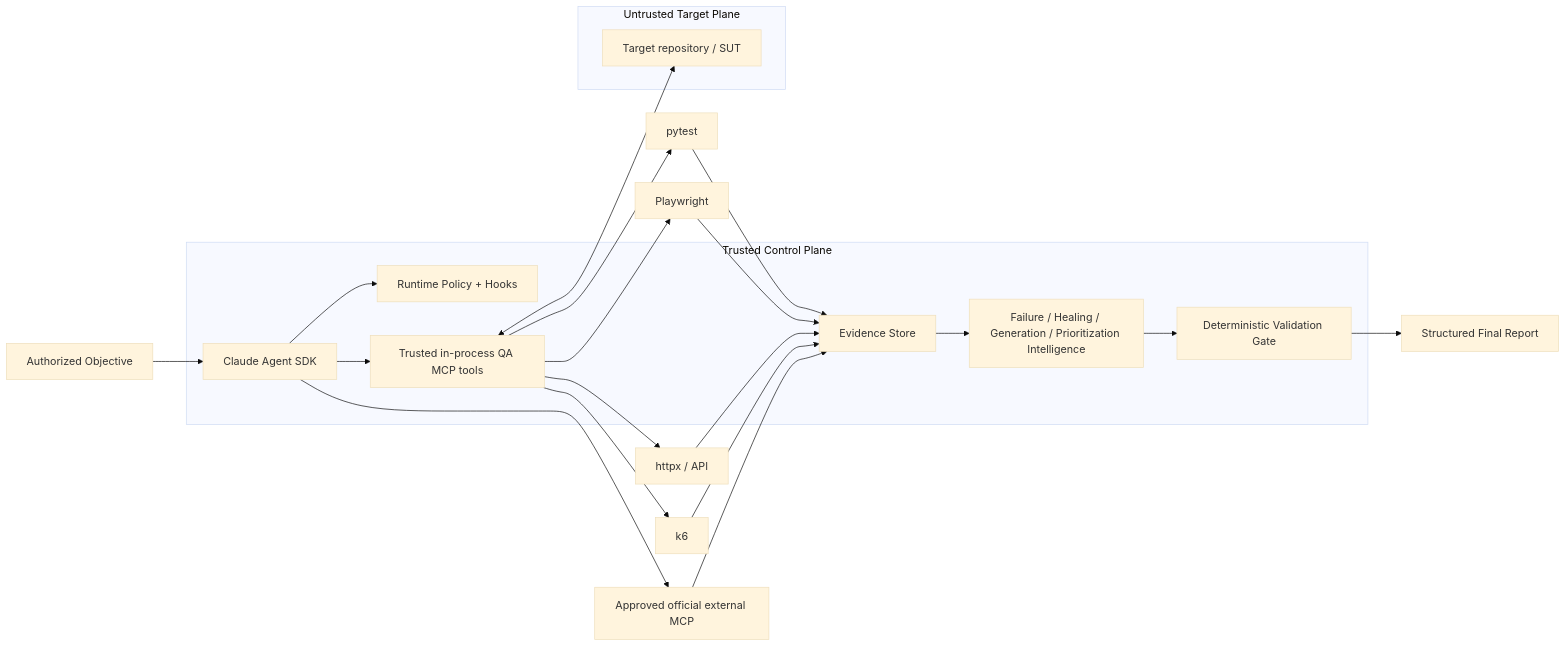
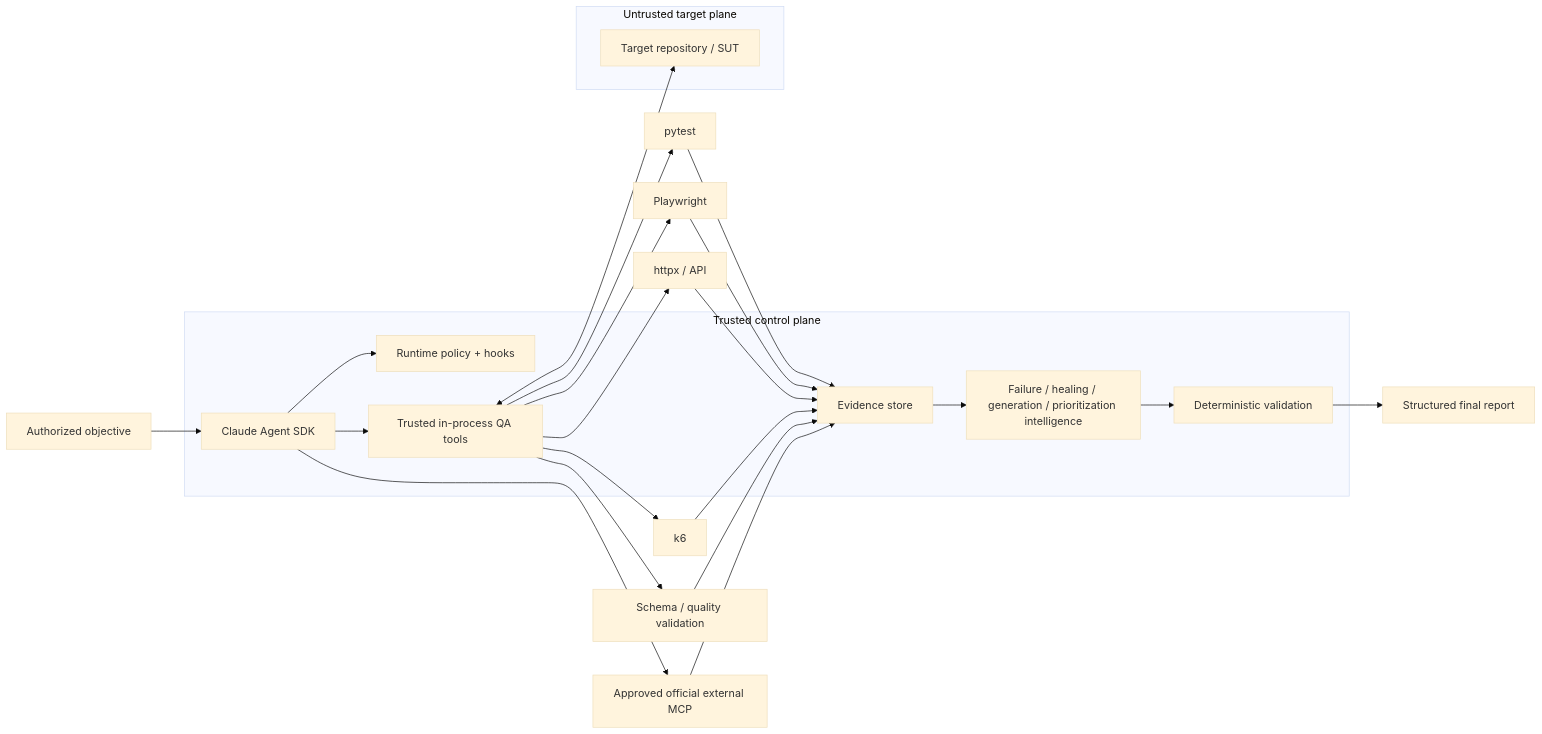
One commit to portyu9/ai-qa-automation changed the diagram in README.md. Above: the diagram before and after it, drawn with Mermaid (base theme). The commit also changed other lines of this file and 79 other files, not shown here.

Commit message:
feat: harden runtime control and recovery

````diff
--- a/README.md
+++ b/README.md
@@ -24,37 +15,39 @@
 ```mermaid
 flowchart LR
-    U[Authorized Objective] --> A[Claude Agent SDK]
-    A --> P[Runtime Policy + Hooks]
-    A --> Q[Trusted in-process QA MCP tools]
+    U[Authorized objective] --> A[Claude Agent SDK]
+    A --> P[Runtime policy + hooks]
+    A --> Q[Trusted in-process QA tools]
     A --> X[Approved official external MCP]
 
     Q --> T1[pytest]
     Q --> T2[Playwright]
     Q --> T3[httpx / API]
     Q --> T4[k6]
+    Q --> T5[Schema / quality validation]
 
-    T1 --> E[Evidence Store]
+    T1 --> E[Evidence store]
     T2 --> E
     T3 --> E
     T4 --> E
+    T5 --> E
     X --> E
 
-    E --> I[Failure / Healing / Generation / Prioritization Intelligence]
-    I --> V[Deterministic Validation Gate]
-    V --> R[Structured Final Report]
+    E --> I[Failure / healing / generation / prioritization intelligence]
+    I --> V[Deterministic validation]
+    V --> R[Structured final report]
 
-    subgraph Trusted Control Plane
+    subgraph Trusted control plane
       A
       P
       Q
       E
       I
       V
     end
 
-    subgraph Untrusted Target Plane
+    subgraph Untrusted target plane
       SUT[Target repository / SUT]
     end
 
     Q <--> SUT
 ```
````
